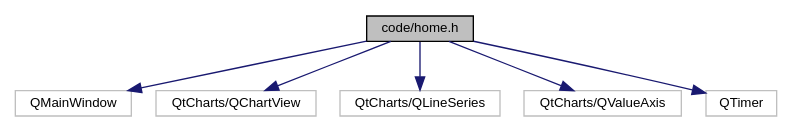
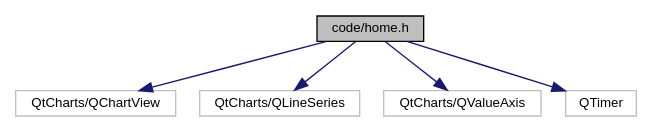
Before and after one commit to xHWAHx/InsulinPumpSimulator-Group35: the diagram in docs/home_8h__incl.dot, drawn with Graphviz. The commit also changed 251 other files, not shown here.

```diff
--- a/docs/home_8h__incl.dot
+++ b/docs/home_8h__incl.dot
@@ -1,17 +1,15 @@
 digraph "code/home.h"
 {
  // LATEX_PDF_SIZE
   edge [fontname="Helvetica",fontsize="10",labelfontname="Helvetica",labelfontsize="10"];
   node [fontname="Helvetica",fontsize="10",shape=record];
   Node1 [label="code/home.h",height=0.2,width=0.4,color="black", fillcolor="grey75", style="filled", fontcolor="black",tooltip=" "];
   Node1 -> Node2 [color="midnightblue",fontsize="10",style="solid",fontname="Helvetica"];
-  Node2 [label="QMainWindow",height=0.2,width=0.4,color="grey75", fillcolor="white", style="filled",tooltip=" "];
+  Node2 [label="QtCharts/QChartView",height=0.2,width=0.4,color="grey75", fillcolor="white", style="filled",tooltip=" "];
   Node1 -> Node3 [color="midnightblue",fontsize="10",style="solid",fontname="Helvetica"];
-  Node3 [label="QtCharts/QChartView",height=0.2,width=0.4,color="grey75", fillcolor="white", style="filled",tooltip=" "];
+  Node3 [label="QtCharts/QLineSeries",height=0.2,width=0.4,color="grey75", fillcolor="white", style="filled",tooltip=" "];
   Node1 -> Node4 [color="midnightblue",fontsize="10",style="solid",fontname="Helvetica"];
-  Node4 [label="QtCharts/QLineSeries",height=0.2,width=0.4,color="grey75", fillcolor="white", style="filled",tooltip=" "];
+  Node4 [label="QtCharts/QValueAxis",height=0.2,width=0.4,color="grey75", fillcolor="white", style="filled",tooltip=" "];
   Node1 -> Node5 [color="midnightblue",fontsize="10",style="solid",fontname="Helvetica"];
-  Node5 [label="QtCharts/QValueAxis",height=0.2,width=0.4,color="grey75", fillcolor="white", style="filled",tooltip=" "];
-  Node1 -> Node6 [color="midnightblue",fontsize="10",style="solid",fontname="Helvetica"];
-  Node6 [label="QTimer",height=0.2,width=0.4,color="grey75", fillcolor="white", style="filled",tooltip=" "];
+  Node5 [label="QTimer",height=0.2,width=0.4,color="grey75", fillcolor="white", style="filled",tooltip=" "];
 }
```
